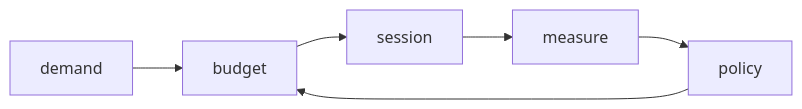
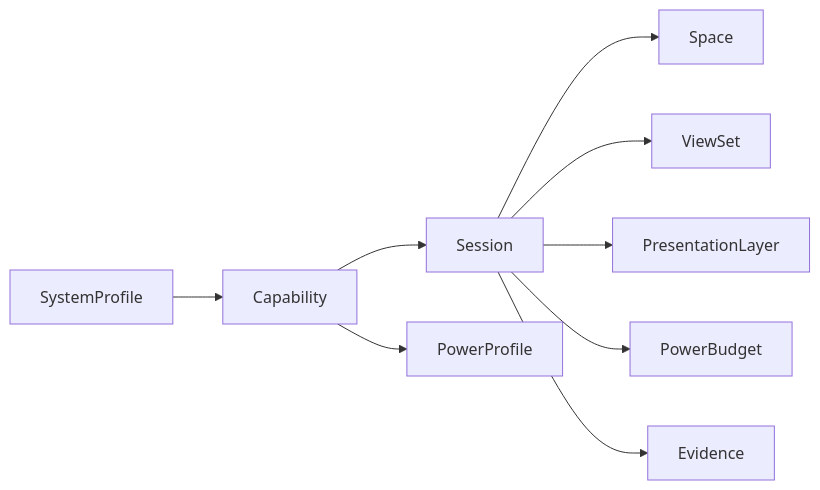
The first of 2 diagrams in docs/SDK/bible/SDK_DESIGN_OVERVIEW.md (anantheparty/meiso_glass), drawn with Mermaid before and after one commit. The commit also changed other lines of this file and 18 other files, not shown here.

````diff
--- a/docs/SDK/bible/SDK_DESIGN_OVERVIEW.md
+++ b/docs/SDK/bible/SDK_DESIGN_OVERVIEW.md
@@ -123,8 +117,11 @@
 ```mermaid
 flowchart LR
-  Demand[demand] --> Budget[budget]
-  Budget --> Session[session]
-  Session --> Measure[measure]
-  Measure --> Policy[policy]
-  Policy --> Budget
+  Profile[SystemProfile] --> Capability[Capability]
+  Capability --> Session[Session]
+  Session --> Space[Space]
+  Session --> ViewSet[ViewSet]
+  Session --> Layer[PresentationLayer]
+  Session --> Power[PowerBudget]
+  Capability --> PowerProfile[PowerProfile]
+  Session --> Evidence[Evidence]
 ```
````
